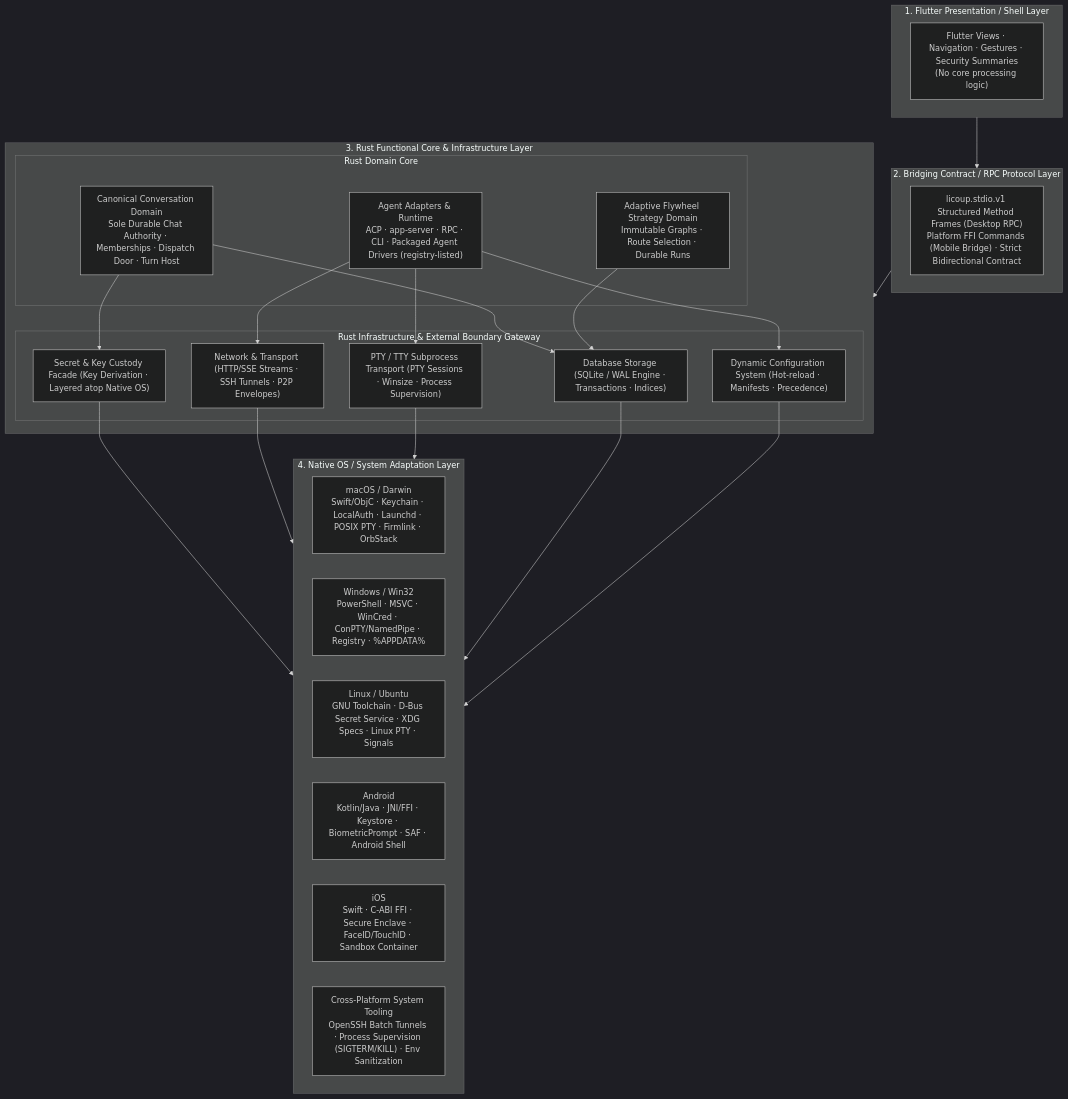
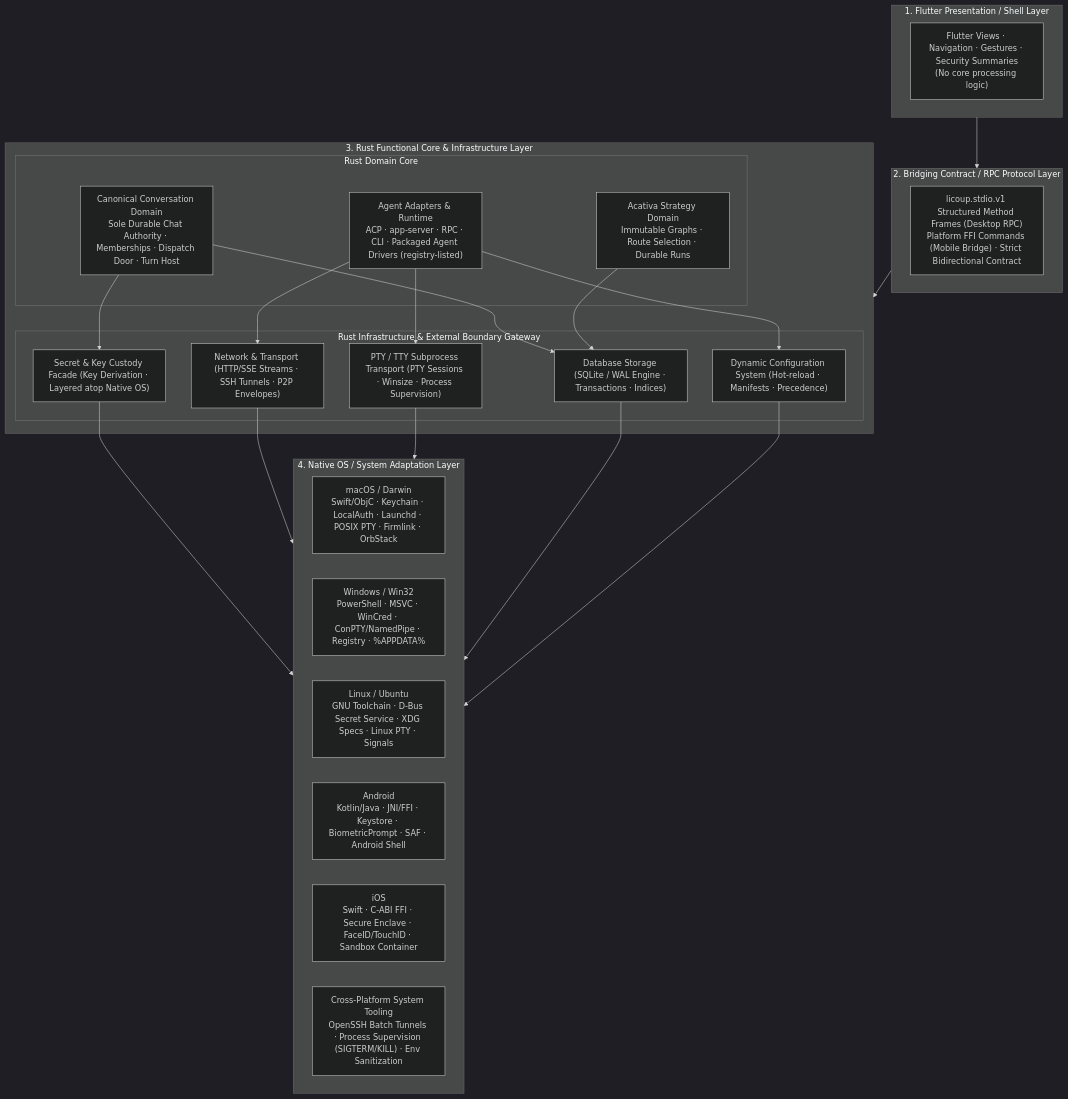
One commit to LicoLand/LicoUp changed the first of 3 diagrams in docs/architecture/README.md. Above: the diagram before and after it, drawn with Mermaid (dark theme). The commit also changed other lines of this file and 3928 other files, not shown here.

````diff
--- a/docs/architecture/README.md
+++ b/docs/architecture/README.md
@@ -57,50 +57,50 @@
 ```mermaid
 flowchart TB
     subgraph LAYER1["1. Flutter Presentation / Shell Layer"]
         UI["Flutter Views · Navigation · Gestures · Security Summaries<br/>(No core processing logic)"]
     end
 
     subgraph LAYER2["2. Bridging Contract / RPC Protocol Layer"]
         BRIDGE["licoup.stdio.v1 Structured Method Frames (Desktop RPC)<br/>Platform FFI Commands (Mobile Bridge) · Strict Bidirectional Contract"]
     end
 
     subgraph LAYER3["3. Rust Functional Core & Infrastructure Layer"]
         subgraph DOMAIN_BOX["Rust Domain Core"]
             CONVERSATIONS["Canonical Conversation Domain<br/>Sole Durable Chat Authority · Memberships · Dispatch Door · Turn Host"]
-            STRATEGIES["Adaptive Flywheel Strategy Domain<br/>Immutable Graphs · Route Selection · Durable Runs"]
+            STRATEGIES["Acativa Strategy Domain<br/>Immutable Graphs · Route Selection · Durable Runs"]
             AGENTS["Agent Adapters & Runtime<br/>ACP · app-server · RPC · CLI · Packaged Agent Drivers (registry-listed)"]
         end
 
         subgraph INFRA_BOX["Rust Infrastructure & External Boundary Gateway"]
             DB_STORAGE["Database Storage (SQLite / WAL Engine · Transactions · Indices)"]
             DYNAMIC_CONFIG["Dynamic Configuration System (Hot-reload · Manifests · Precedence)"]
             SECRET_CUSTODY["Secret & Key Custody Facade (Key Derivation · Layered atop Native OS)"]
             NET_TRANSPORT["Network & Transport (HTTP/SSE Streams · SSH Tunnels · P2P Envelopes)"]
             PTY_TRANSPORT["PTY / TTY Subprocess Transport (PTY Sessions · Winsize · Process Supervision)"]
         end
 
         CONVERSATIONS --> DB_STORAGE
         STRATEGIES --> DB_STORAGE
         AGENTS --> NET_TRANSPORT
         AGENTS --> PTY_TRANSPORT
         CONVERSATIONS --> SECRET_CUSTODY
         AGENTS --> DYNAMIC_CONFIG
     end
 
     subgraph LAYER4["4. Native OS / System Adaptation Layer"]
         MACOS["macOS / Darwin<br/>Swift/ObjC · Keychain · LocalAuth · Launchd · POSIX PTY · Firmlink · OrbStack"]
         WINDOWS["Windows / Win32<br/>PowerShell · MSVC · WinCred · ConPTY/NamedPipe · Registry · %APPDATA%"]
         LINUX["Linux / Ubuntu<br/>GNU Toolchain · D-Bus Secret Service · XDG Specs · Linux PTY · Signals"]
         ANDROID["Android<br/>Kotlin/Java · JNI/FFI · Keystore · BiometricPrompt · SAF · Android Shell"]
         IOS["iOS<br/>Swift · C-ABI FFI · Secure Enclave · FaceID/TouchID · Sandbox Container"]
         COMMON_OS["Cross-Platform System Tooling<br/>OpenSSH Batch Tunnels · Process Supervision (SIGTERM/KILL) · Env Sanitization"]
     end
 
     LAYER1 --> LAYER2
     LAYER2 --> LAYER3
     SECRET_CUSTODY --> LAYER4
     NET_TRANSPORT --> LAYER4
     PTY_TRANSPORT --> LAYER4
     DB_STORAGE --> LAYER4
     DYNAMIC_CONFIG --> LAYER4
 ```
````
